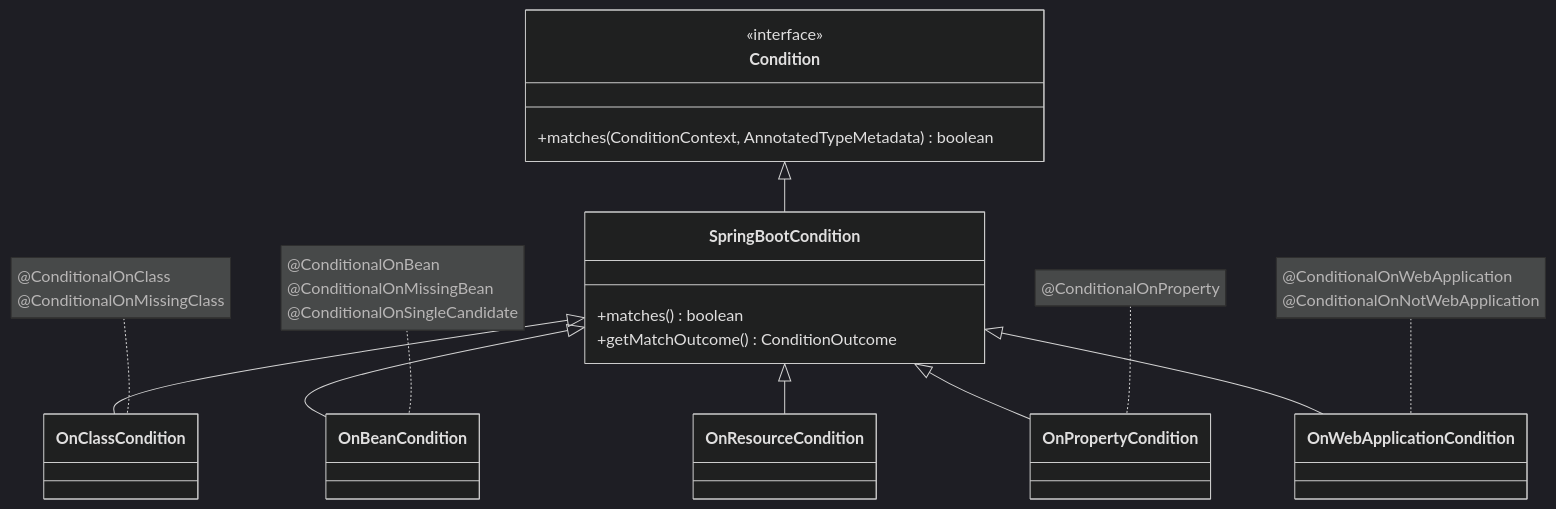
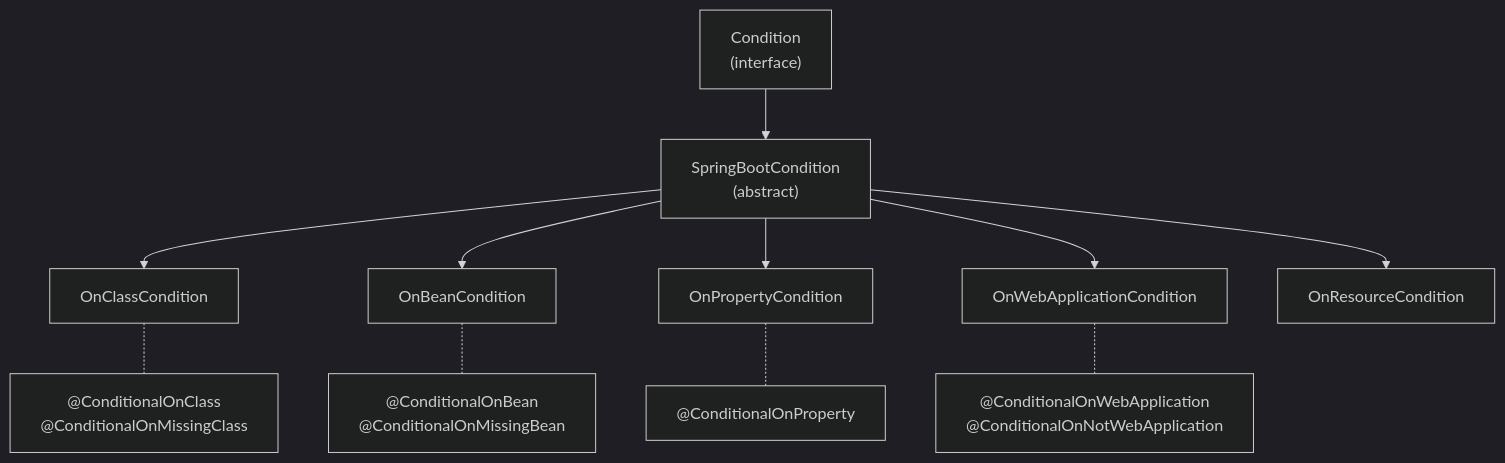
One commit to SilkLee/full-stack-guide changed the fourth of 10 diagrams in springboot-core-architecture.md. Above: the diagram before and after it, drawn with Mermaid (dark theme). The commit also changed other lines of this file, not shown here.

Commit message:
Fix Mermaid diagrams for VSCode and GitHub compatibility: flowchart syntax, remove & merge, replace note for

````diff
--- a/springboot-core-architecture.md
+++ b/springboot-core-architecture.md
@@ -439,24 +442,14 @@
 ```mermaid
-classDiagram
-    class Condition {
-        <<interface>>
-        +matches(ConditionContext, AnnotatedTypeMetadata) boolean
-    }
+flowchart TB
+    Condition["Condition<br/>(interface)"] --> SpringBootCondition["SpringBootCondition<br/>(abstract)"]
+    SpringBootCondition --> OnClassCondition["OnClassCondition"]
+    SpringBootCondition --> OnBeanCondition["OnBeanCondition"]
+    SpringBootCondition --> OnPropertyCondition["OnPropertyCondition"]
+    SpringBootCondition --> OnWebApplicationCondition["OnWebApplicationCondition"]
+    SpringBootCondition --> OnResourceCondition["OnResourceCondition"]
     
-    class SpringBootCondition {
-        +matches() boolean
-        +getMatchOutcome() ConditionOutcome
-    }
-    
-    Condition <|-- SpringBootCondition
-    SpringBootCondition <|-- OnClassCondition
-    SpringBootCondition <|-- OnBeanCondition
-    SpringBootCondition <|-- OnPropertyCondition
-    SpringBootCondition <|-- OnWebApplicationCondition
-    SpringBootCondition <|-- OnResourceCondition
-    
-    note for OnClassCondition "@ConditionalOnClass<br/>@ConditionalOnMissingClass"
-    note for OnBeanCondition "@ConditionalOnBean<br/>@ConditionalOnMissingBean<br/>@ConditionalOnSingleCandidate"
-    note for OnPropertyCondition "@ConditionalOnProperty"
-    note for OnWebApplicationCondition "@ConditionalOnWebApplication<br/>@ConditionalOnNotWebApplication"
+    OnClassCondition -.- A["@ConditionalOnClass<br/>@ConditionalOnMissingClass"]
+    OnBeanCondition -.- B["@ConditionalOnBean<br/>@ConditionalOnMissingBean"]
+    OnPropertyCondition -.- C["@ConditionalOnProperty"]
+    OnWebApplicationCondition -.- D["@ConditionalOnWebApplication<br/>@ConditionalOnNotWebApplication"]
 ```
````
